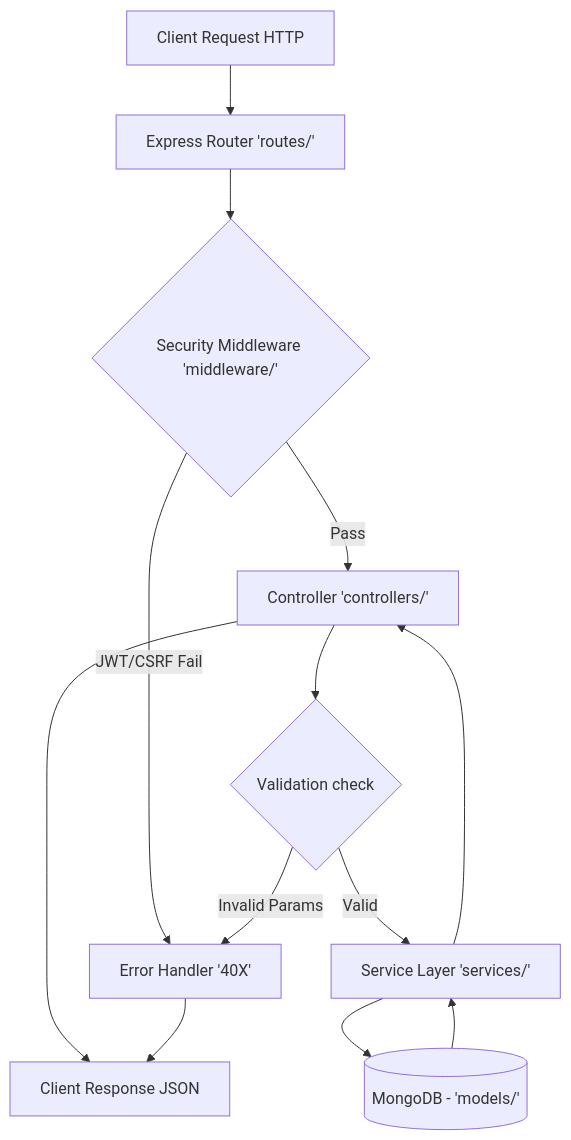
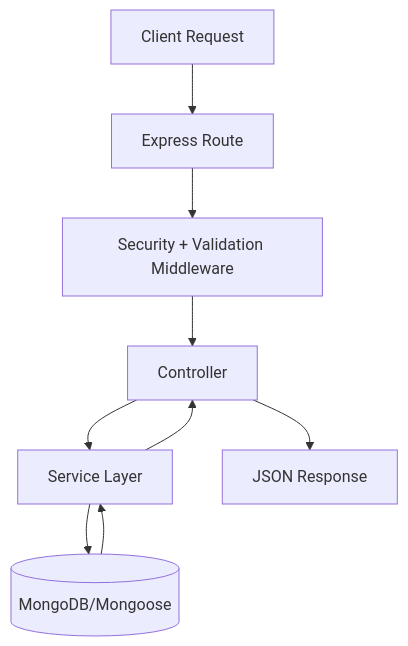
The diagram in backend/docs/architecture.md (mostafa-karam/eventx-studio), drawn with Mermaid before and after one commit. The commit also changed other lines of this file and 12 other files, not shown here.

`````diff
--- a/backend/docs/architecture.md
+++ b/backend/docs/architecture.md
@@ -9,15 +15,11 @@
-````mermaid
+```mermaid
 graph TD
-    A[Client Request HTTP] --> B[Express Router 'routes/']
-    B --> C{Security Middleware 'middleware/'}
-    C -->|JWT/CSRF Fail| X[Error Handler '40X']
-    C -->|Pass| D[Controller 'controllers/']
-    D --> E{Validation check}
-    E -->|Invalid Params| X
-    E -->|Valid| F[Service Layer 'services/']
-    F --> G[(MongoDB - 'models/')]
-    G --> F
-    F --> D
-    D --> H[Client Response JSON]
-    X --> H
-````
+    A[Client Request] --> B[Express Route]
+    B --> C[Security + Validation Middleware]
+    C --> D[Controller]
+    D --> E[Service Layer]
+    E --> F[(MongoDB/Mongoose)]
+    F --> E
+    E --> D
+    D --> G[JSON Response]
+```
`````
